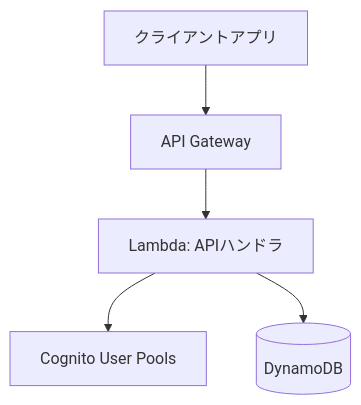
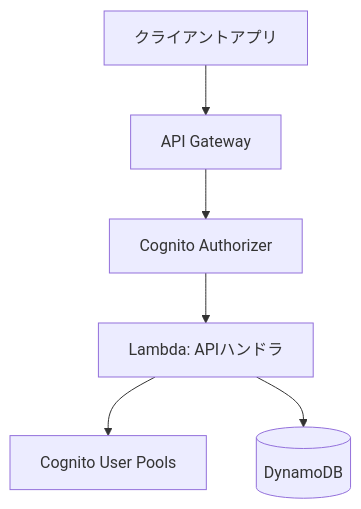
The first of 2 diagrams in docs/v0_detailed_design.md (soranjiro/AxI_calendar), drawn with Mermaid before and after one commit. The commit also changed other lines of this file and 26 other files, not shown here.

````diff
--- a/docs/v0_detailed_design.md
+++ b/docs/v0_detailed_design.md
@@ -27,7 +30,8 @@
 ```mermaid
 graph TD
-    Client[クライアントアプリ] --> APIGW[API Gateway];
-    APIGW --> ApiLambda[Lambda: APIハンドラ];
-    ApiLambda --> Cognito[Cognito User Pools];
-    ApiLambda --> DynamoDB[(DynamoDB)];
+  Client[クライアントアプリ] --> APIGW[API Gateway];
+  APIGW --> CognitoAuth[Cognito Authorizer];
+  CognitoAuth --> ApiLambda[Lambda: APIハンドラ];
+  ApiLambda --> Cognito[Cognito User Pools];
+  ApiLambda --> DynamoDB[(DynamoDB)];
 ```
````
